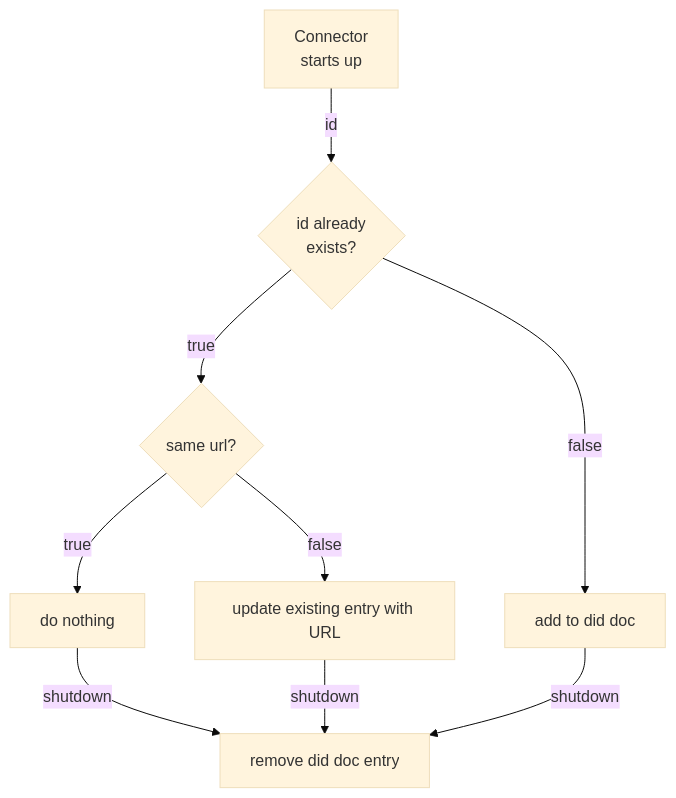
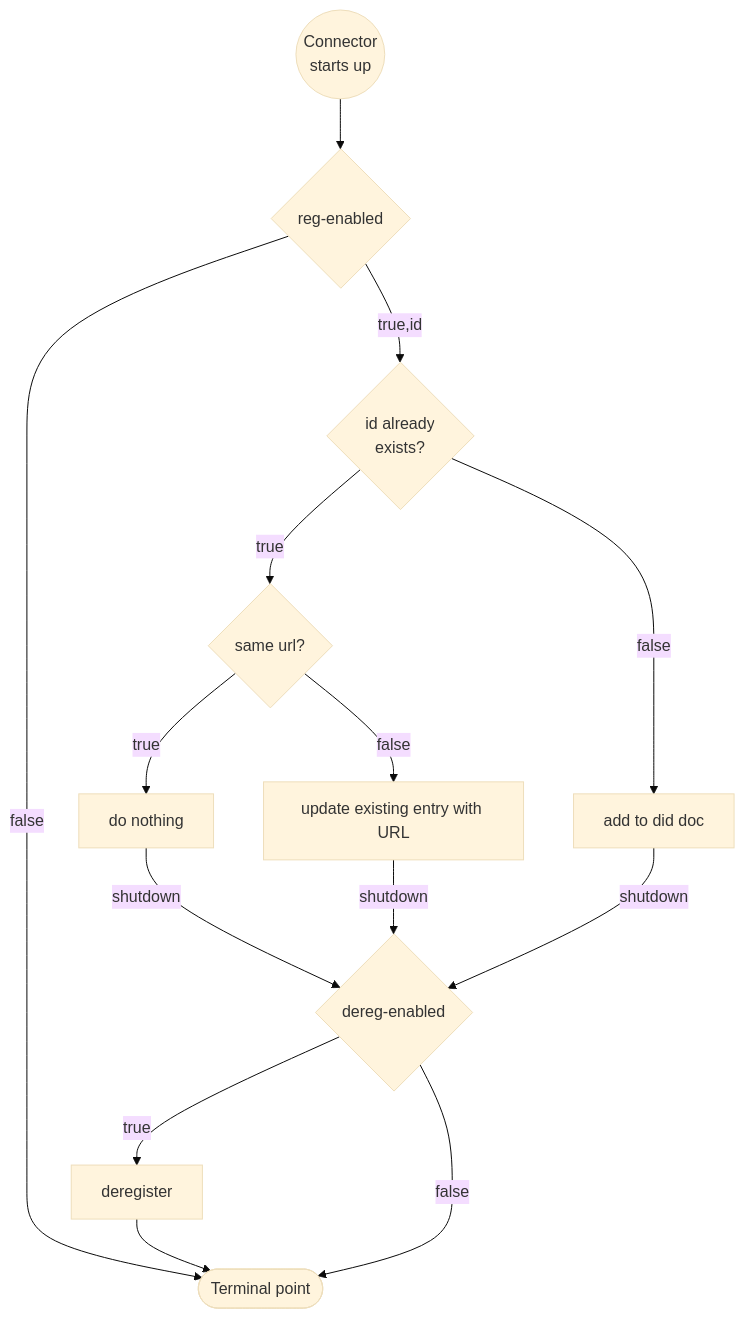
The diagram in docs/development/decision-records/2025-11-27-did-service-registration/README.md (eclipse-tractusx/tractusx-edc), drawn with Mermaid (base theme) before and after one commit. The commit also changed other lines of this file, not shown here.

````diff
--- a/docs/development/decision-records/2025-11-27-did-service-registration/README.md
+++ b/docs/development/decision-records/2025-11-27-did-service-registration/README.md
@@ -30,11 +30,18 @@
 ```mermaid
 flowchart TD
-    A[Connector<br/>starts up] -->|id| B{id already<br/>exists?}
+    J@{ shape: stadium, label: "Terminal point" }
+    A@{ shape: circle, label: "Connector</br>starts up" }
+    A --> H{reg-enabled}
+    H -->|false| J
+    H -->|true,id| B{id already<br/>exists?}
     B --> |true| C{same url?}
     B --> |false| F[add to did doc]
     C -->|true| D[do nothing]
     C -->|false| E[update existing entry with URL]
-    D -->|shutdown| G[remove did doc entry]
-    E -->|shutdown| G[remove did doc entry]
-    F -->|shutdown| G[remove did doc entry]
+    D -->|shutdown| G{dereg-enabled}
+    E -->|shutdown| G
+    F -->|shutdown| G
+    G -->|true| K[deregister]
+    K --> J
+    G -->|false| J
 ```
````
